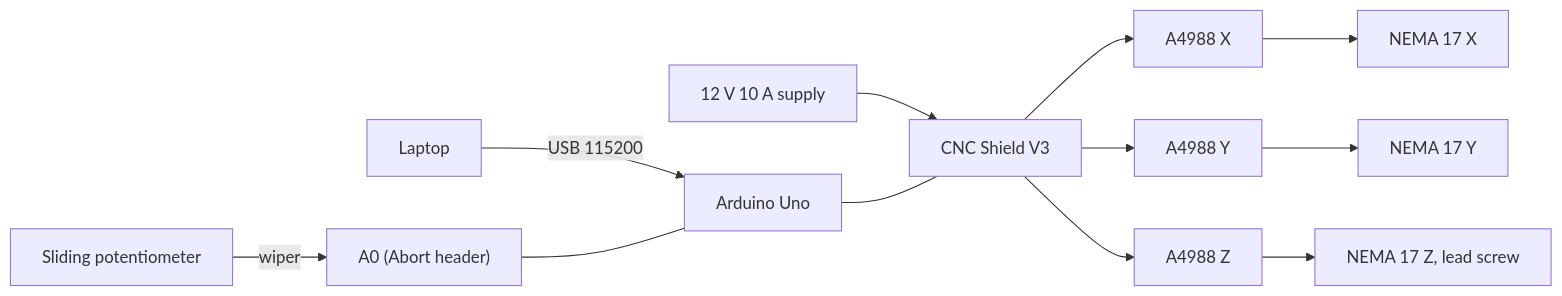
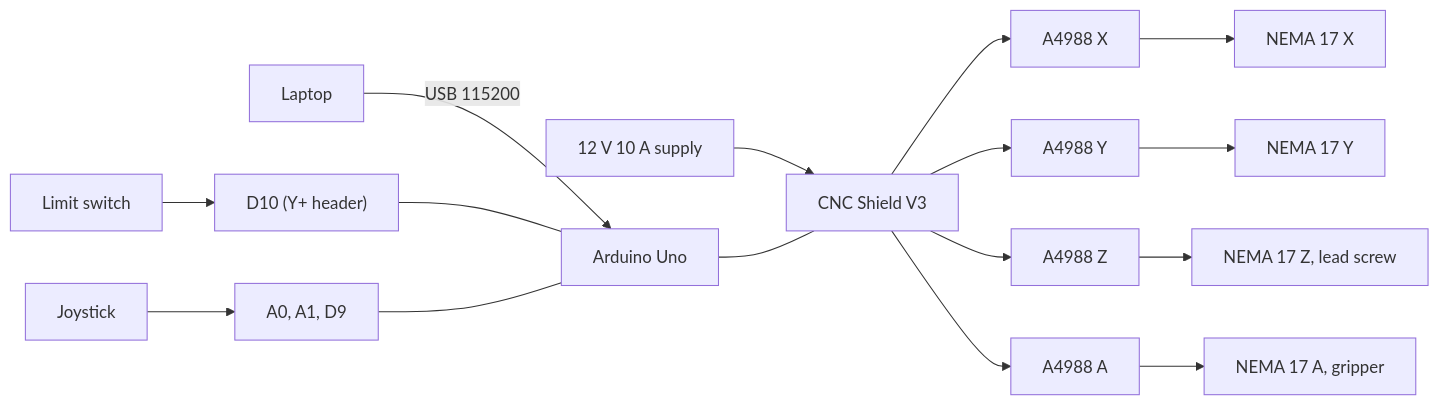
One commit to Aarav-111/Humanoid-Operating-System changed the second of 2 diagrams in README.md. Above: the diagram before and after it, drawn with Mermaid. The commit also changed other lines of this file and 3 other files, not shown here.

````diff
--- a/README.md
+++ b/README.md
@@ -508,11 +515,12 @@
 ```mermaid
 flowchart LR
     PSU["12 V 10 A supply"] --> SH["CNC Shield V3"]
     LAP["Laptop"] -- "USB 115200" --> UNO["Arduino Uno"]
     UNO --- SH
     SH --> XD["A4988 X"] --> XM["NEMA 17 X"]
     SH --> YD["A4988 Y"] --> YM["NEMA 17 Y"]
     SH --> ZD["A4988 Z"] --> ZM["NEMA 17 Z, lead screw"]
-    POT["Sliding potentiometer"] -- "wiper" --> A0["A0 (Abort header)"]
-    A0 --- UNO
+    SH --> AD["A4988 A"] --> AM["NEMA 17 A, gripper"]
+    LS["Limit switch"] --> D10["D10 (Y+ header)"] --- UNO
+    JS["Joystick"] --> JP["A0, A1, D9"] --- UNO
 ```
````
